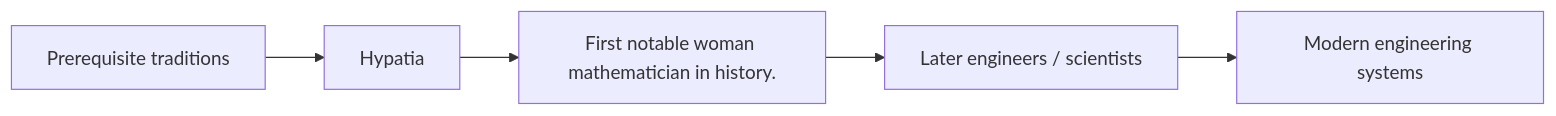
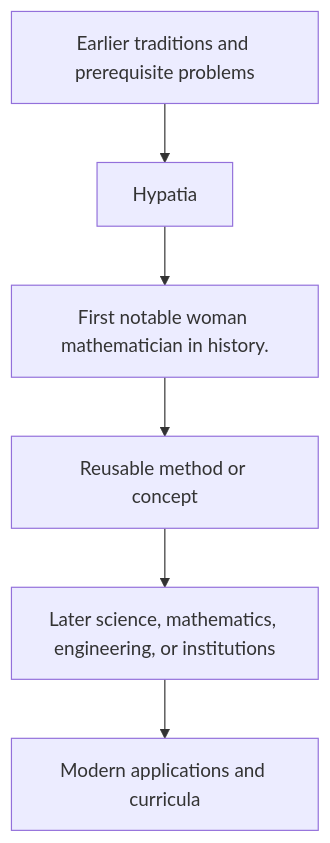
The diagram in docs/history/hypatia/influence.md (via-decide/ViaLogic), drawn with Mermaid before and after one commit. The commit also changed other lines of this file and 858 other files, not shown here.

````diff
--- a/docs/history/hypatia/influence.md
+++ b/docs/history/hypatia/influence.md
@@ -29,7 +16,8 @@
 ```mermaid
-graph LR
-  prerequisites["Prerequisite traditions"] --> current["Hypatia"]
-  current --> contribution["First notable woman mathematician in history."]
-  contribution --> successors["Later engineers / scientists"]
-  successors --> modern["Modern engineering systems"]
+graph TD
+  Prior[Earlier traditions and prerequisite problems] --> Person[Hypatia]
+  Person --> Contribution[First notable woman mathematician in history.]
+  Contribution --> Method[Reusable method or concept]
+  Method --> Later[Later science, mathematics, engineering, or institutions]
+  Later --> Modern[Modern applications and curricula]
 ```
````
